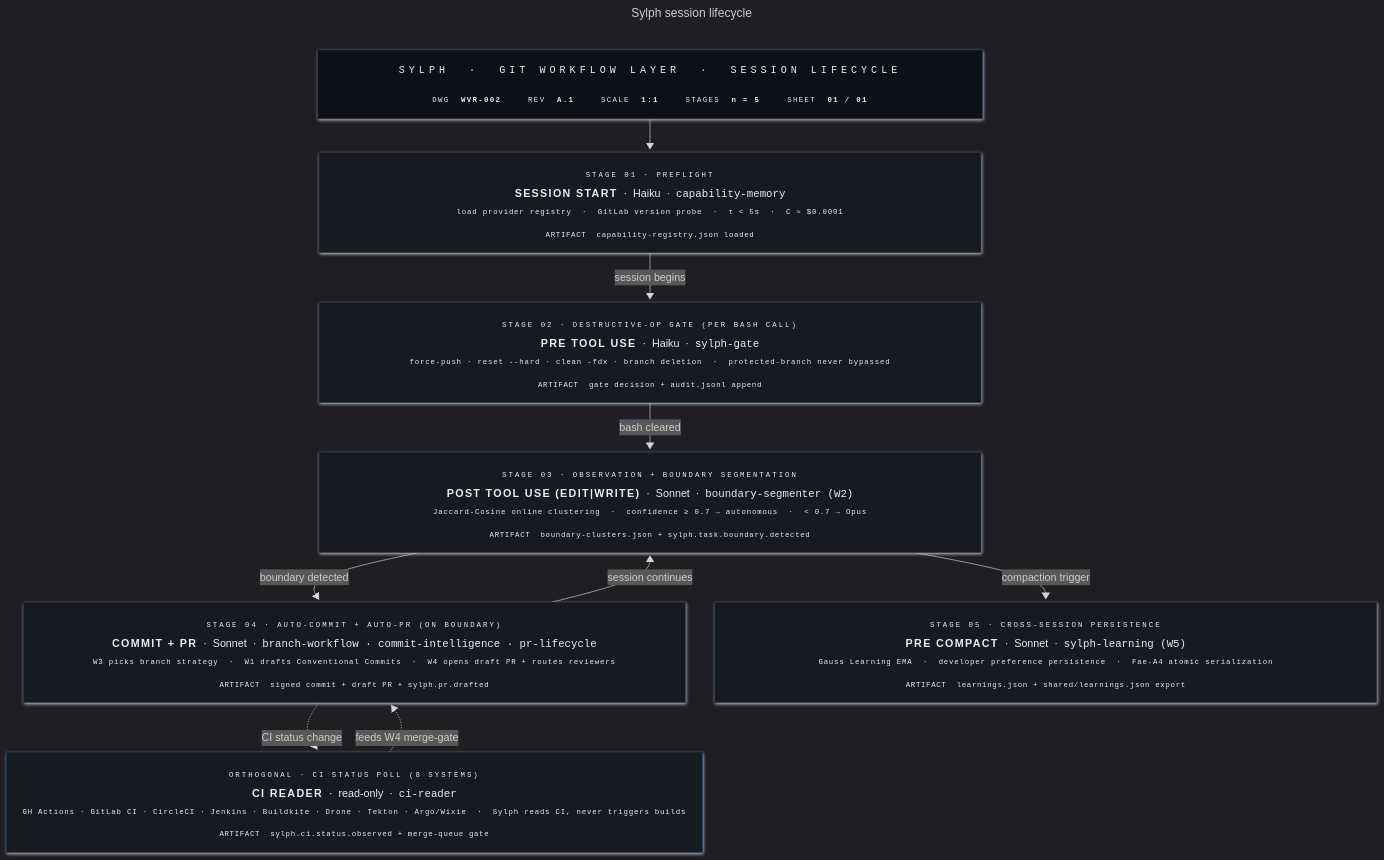
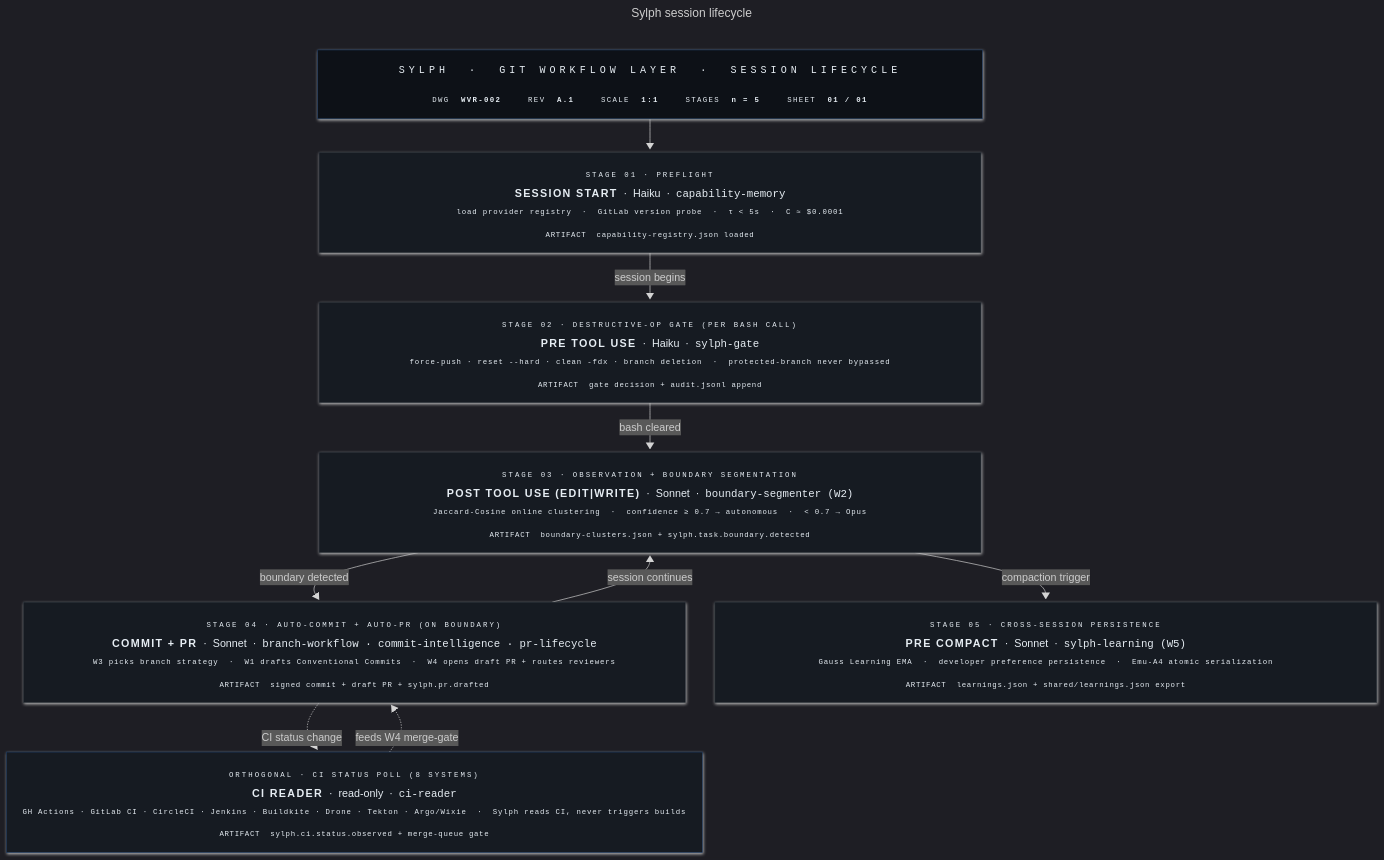
The diagram in docs/assets/lifecycle.mmd (enchanted-plugins/sylph), drawn with Mermaid before and after one commit.

Commit message:
fix: update old name references in .mmd diagram files

```diff
--- a/docs/assets/lifecycle.mmd
+++ b/docs/assets/lifecycle.mmd
@@ -1,46 +1,46 @@
 ---
 title: Sylph session lifecycle
 config:
   look: neo
   theme: dark
   flowchart:
     curve: basis
     padding: 18
     nodeSpacing: 44
     rankSpacing: 50
     htmlLabels: true
     subGraphTitleMargin:
       top: 14
       bottom: 18
 ---
 flowchart TB
     TitleBlock["<div style='font-family:ui-monospace,SFMono-Regular,Consolas,monospace;text-align:center;min-width:940px;padding:6px 10px;line-height:1.8'><div style='color:#58a6ff;font-size:15px;letter-spacing:6px;border-bottom:1px solid #1e3a5f;padding-bottom:10px;margin-bottom:10px'>SYLPH &nbsp;·&nbsp; GIT&nbsp;WORKFLOW&nbsp;LAYER &nbsp;·&nbsp; SESSION&nbsp;LIFECYCLE</div><div style='display:flex;gap:40px;justify-content:center;font-size:11px;color:#8b949e;letter-spacing:2px'><span>DWG&nbsp;&nbsp;<b style='color:#e6edf3'>WVR-002</b></span><span>REV&nbsp;&nbsp;<b style='color:#e6edf3'>A.1</b></span><span>SCALE&nbsp;&nbsp;<b style='color:#e6edf3'>1:1</b></span><span>STAGES&nbsp;&nbsp;<b style='color:#e6edf3'>n&nbsp;=&nbsp;5</b></span><span>SHEET&nbsp;&nbsp;<b style='color:#e6edf3'>01&nbsp;/&nbsp;01</b></span></div></div>"]
 
     A["<div style='text-align:center;min-width:940px;line-height:2;padding:4px 8px'><div><span style='font-family:ui-monospace,monospace;color:#8b949e;font-size:11px;letter-spacing:3px'>STAGE&nbsp;01&nbsp;·&nbsp;PREFLIGHT</span></div><div style='line-height:1.8'><b style='letter-spacing:2px'>SESSION&nbsp;START</b>&nbsp;&nbsp;·&nbsp;&nbsp;<span style='color:#3fb950'>Haiku</span>&nbsp;&nbsp;·&nbsp;&nbsp;<code style='color:#e6edf3'>capability-memory</code></div><div style='color:#6e7681;font-size:11px;font-family:ui-monospace,monospace;letter-spacing:1.2px'>load&nbsp;provider&nbsp;registry&nbsp;&nbsp;·&nbsp;&nbsp;GitLab&nbsp;version&nbsp;probe&nbsp;&nbsp;·&nbsp;&nbsp;τ&nbsp;&lt;&nbsp;5s&nbsp;&nbsp;·&nbsp;&nbsp;C&nbsp;≈&nbsp;$0.0001</div><div style='border-top:1px solid #1e3a5f;margin-top:6px;padding-top:6px;font-family:ui-monospace,monospace;font-size:11px;letter-spacing:1px'><span style='color:#8b949e'>ARTIFACT</span>&nbsp;&nbsp;<span style='color:#d2a8ff'>capability-registry.json&nbsp;loaded</span></div></div>"]
 
     B["<div style='text-align:center;min-width:940px;line-height:2;padding:4px 8px'><div><span style='font-family:ui-monospace,monospace;color:#8b949e;font-size:11px;letter-spacing:3px'>STAGE&nbsp;02&nbsp;·&nbsp;DESTRUCTIVE-OP&nbsp;GATE&nbsp;(PER&nbsp;BASH&nbsp;CALL)</span></div><div style='line-height:1.8'><b style='letter-spacing:2px'>PRE&nbsp;TOOL&nbsp;USE</b>&nbsp;&nbsp;·&nbsp;&nbsp;<span style='color:#d75952'>Haiku</span>&nbsp;&nbsp;·&nbsp;&nbsp;<code style='color:#e6edf3'>sylph-gate</code></div><div style='color:#6e7681;font-size:11px;font-family:ui-monospace,monospace;letter-spacing:1.2px'>force-push&nbsp;·&nbsp;reset&nbsp;--hard&nbsp;·&nbsp;clean&nbsp;-fdx&nbsp;·&nbsp;branch&nbsp;deletion&nbsp;&nbsp;·&nbsp;&nbsp;protected-branch&nbsp;never&nbsp;bypassed</div><div style='border-top:1px solid #1e3a5f;margin-top:6px;padding-top:6px;font-family:ui-monospace,monospace;font-size:11px;letter-spacing:1px'><span style='color:#8b949e'>ARTIFACT</span>&nbsp;&nbsp;<span style='color:#ff7b72'>gate&nbsp;decision&nbsp;+&nbsp;audit.jsonl&nbsp;append</span></div></div>"]
 
     C["<div style='text-align:center;min-width:940px;line-height:2;padding:4px 8px'><div><span style='font-family:ui-monospace,monospace;color:#8b949e;font-size:11px;letter-spacing:3px'>STAGE&nbsp;03&nbsp;·&nbsp;OBSERVATION&nbsp;+&nbsp;BOUNDARY&nbsp;SEGMENTATION</span></div><div style='line-height:1.8'><b style='letter-spacing:2px'>POST&nbsp;TOOL&nbsp;USE&nbsp;(EDIT|WRITE)</b>&nbsp;&nbsp;·&nbsp;&nbsp;<span style='color:#58a6ff'>Sonnet</span>&nbsp;&nbsp;·&nbsp;&nbsp;<code style='color:#e6edf3'>boundary-segmenter&nbsp;(W2)</code></div><div style='color:#6e7681;font-size:11px;font-family:ui-monospace,monospace;letter-spacing:1.2px'>Jaccard-Cosine&nbsp;online&nbsp;clustering&nbsp;&nbsp;·&nbsp;&nbsp;confidence&nbsp;≥&nbsp;0.7&nbsp;→&nbsp;autonomous&nbsp;&nbsp;·&nbsp;&nbsp;&lt;&nbsp;0.7&nbsp;→&nbsp;Opus</div><div style='border-top:1px solid #1e3a5f;margin-top:6px;padding-top:6px;font-family:ui-monospace,monospace;font-size:11px;letter-spacing:1px'><span style='color:#8b949e'>ARTIFACT</span>&nbsp;&nbsp;<span style='color:#79c0ff'>boundary-clusters.json&nbsp;+&nbsp;sylph.task.boundary.detected</span></div></div>"]
 
     D["<div style='text-align:center;min-width:940px;line-height:2;padding:4px 8px'><div><span style='font-family:ui-monospace,monospace;color:#8b949e;font-size:11px;letter-spacing:3px'>STAGE&nbsp;04&nbsp;·&nbsp;AUTO-COMMIT&nbsp;+&nbsp;AUTO-PR&nbsp;(ON&nbsp;BOUNDARY)</span></div><div style='line-height:1.8'><b style='letter-spacing:2px'>COMMIT&nbsp;+&nbsp;PR</b>&nbsp;&nbsp;·&nbsp;&nbsp;<span style='color:#bc8cff'>Sonnet</span>&nbsp;&nbsp;·&nbsp;&nbsp;<code style='color:#e6edf3'>branch-workflow&nbsp;·&nbsp;commit-intelligence&nbsp;·&nbsp;pr-lifecycle</code></div><div style='color:#6e7681;font-size:11px;font-family:ui-monospace,monospace;letter-spacing:1.2px'>W3&nbsp;picks&nbsp;branch&nbsp;strategy&nbsp;&nbsp;·&nbsp;&nbsp;W1&nbsp;drafts&nbsp;Conventional&nbsp;Commits&nbsp;&nbsp;·&nbsp;&nbsp;W4&nbsp;opens&nbsp;draft&nbsp;PR&nbsp;+&nbsp;routes&nbsp;reviewers</div><div style='border-top:1px solid #1e3a5f;margin-top:6px;padding-top:6px;font-family:ui-monospace,monospace;font-size:11px;letter-spacing:1px'><span style='color:#8b949e'>ARTIFACT</span>&nbsp;&nbsp;<span style='color:#7ee787'>signed&nbsp;commit&nbsp;+&nbsp;draft&nbsp;PR&nbsp;+&nbsp;sylph.pr.drafted</span></div></div>"]
 
-    E["<div style='text-align:center;min-width:940px;line-height:2;padding:4px 8px'><div><span style='font-family:ui-monospace,monospace;color:#8b949e;font-size:11px;letter-spacing:3px'>STAGE&nbsp;05&nbsp;·&nbsp;CROSS-SESSION&nbsp;PERSISTENCE</span></div><div style='line-height:1.8'><b style='letter-spacing:2px'>PRE&nbsp;COMPACT</b>&nbsp;&nbsp;·&nbsp;&nbsp;<span style='color:#d8853b'>Sonnet</span>&nbsp;&nbsp;·&nbsp;&nbsp;<code style='color:#e6edf3'>sylph-learning&nbsp;(W5)</code></div><div style='color:#6e7681;font-size:11px;font-family:ui-monospace,monospace;letter-spacing:1.2px'>Gauss&nbsp;Learning&nbsp;EMA&nbsp;&nbsp;·&nbsp;&nbsp;developer&nbsp;preference&nbsp;persistence&nbsp;&nbsp;·&nbsp;&nbsp;Fae-A4&nbsp;atomic&nbsp;serialization</div><div style='border-top:1px solid #1e3a5f;margin-top:6px;padding-top:6px;font-family:ui-monospace,monospace;font-size:11px;letter-spacing:1px'><span style='color:#8b949e'>ARTIFACT</span>&nbsp;&nbsp;<span style='color:#ffa657'>learnings.json&nbsp;+&nbsp;shared/learnings.json&nbsp;export</span></div></div>"]
+    E["<div style='text-align:center;min-width:940px;line-height:2;padding:4px 8px'><div><span style='font-family:ui-monospace,monospace;color:#8b949e;font-size:11px;letter-spacing:3px'>STAGE&nbsp;05&nbsp;·&nbsp;CROSS-SESSION&nbsp;PERSISTENCE</span></div><div style='line-height:1.8'><b style='letter-spacing:2px'>PRE&nbsp;COMPACT</b>&nbsp;&nbsp;·&nbsp;&nbsp;<span style='color:#d8853b'>Sonnet</span>&nbsp;&nbsp;·&nbsp;&nbsp;<code style='color:#e6edf3'>sylph-learning&nbsp;(W5)</code></div><div style='color:#6e7681;font-size:11px;font-family:ui-monospace,monospace;letter-spacing:1.2px'>Gauss&nbsp;Learning&nbsp;EMA&nbsp;&nbsp;·&nbsp;&nbsp;developer&nbsp;preference&nbsp;persistence&nbsp;&nbsp;·&nbsp;&nbsp;Emu-A4&nbsp;atomic&nbsp;serialization</div><div style='border-top:1px solid #1e3a5f;margin-top:6px;padding-top:6px;font-family:ui-monospace,monospace;font-size:11px;letter-spacing:1px'><span style='color:#8b949e'>ARTIFACT</span>&nbsp;&nbsp;<span style='color:#ffa657'>learnings.json&nbsp;+&nbsp;shared/learnings.json&nbsp;export</span></div></div>"]
 
     CIread["<div style='text-align:center;min-width:940px;line-height:2;padding:4px 8px'><div><span style='font-family:ui-monospace,monospace;color:#8b949e;font-size:11px;letter-spacing:3px'>ORTHOGONAL&nbsp;·&nbsp;CI&nbsp;STATUS&nbsp;POLL&nbsp;(8&nbsp;SYSTEMS)</span></div><div style='line-height:1.8'><b style='letter-spacing:2px'>CI&nbsp;READER</b>&nbsp;&nbsp;·&nbsp;&nbsp;<span style='color:#d29922'>read-only</span>&nbsp;&nbsp;·&nbsp;&nbsp;<code style='color:#e6edf3'>ci-reader</code></div><div style='color:#6e7681;font-size:11px;font-family:ui-monospace,monospace;letter-spacing:1.2px'>GH&nbsp;Actions&nbsp;·&nbsp;GitLab&nbsp;CI&nbsp;·&nbsp;CircleCI&nbsp;·&nbsp;Jenkins&nbsp;·&nbsp;Buildkite&nbsp;·&nbsp;Drone&nbsp;·&nbsp;Tekton&nbsp;·&nbsp;Argo/Wixie&nbsp;&nbsp;·&nbsp;&nbsp;Sylph&nbsp;reads&nbsp;CI,&nbsp;never&nbsp;triggers&nbsp;builds</div><div style='border-top:1px solid #1e3a5f;margin-top:6px;padding-top:6px;font-family:ui-monospace,monospace;font-size:11px;letter-spacing:1px'><span style='color:#8b949e'>ARTIFACT</span>&nbsp;&nbsp;<span style='color:#f0883e'>sylph.ci.status.observed&nbsp;+&nbsp;merge-queue&nbsp;gate</span></div></div>"]
 
     TitleBlock --> A
     A -->|"session begins"| B
     B -->|"bash cleared"| C
     C -->|"boundary detected"| D
     D -->|"session continues"| C
     C -->|"compaction trigger"| E
     D -.->|"CI status change"| CIread
     CIread -.->|"feeds W4 merge-gate"| D
 
     classDef titleBlock fill:#0d1117,stroke:#1e3a5f,stroke-width:1px,color:#e6edf3
     classDef stage fill:#161b22,stroke:#30363d,stroke-width:1px,color:#e6edf3
     classDef ortho fill:#161b22,stroke:#1e3a5f,stroke-width:1px,color:#e6edf3
 
     class TitleBlock titleBlock
     class A,B,C,D,E stage
     class CIread ortho
```
